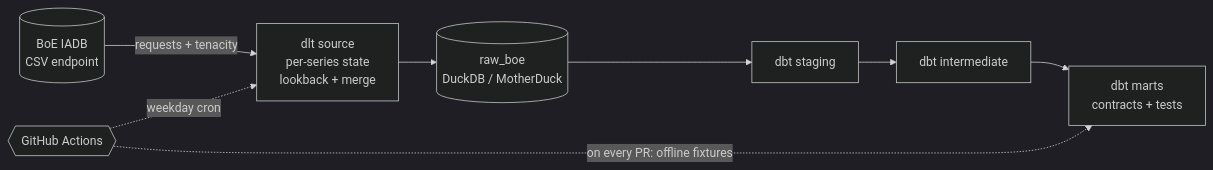
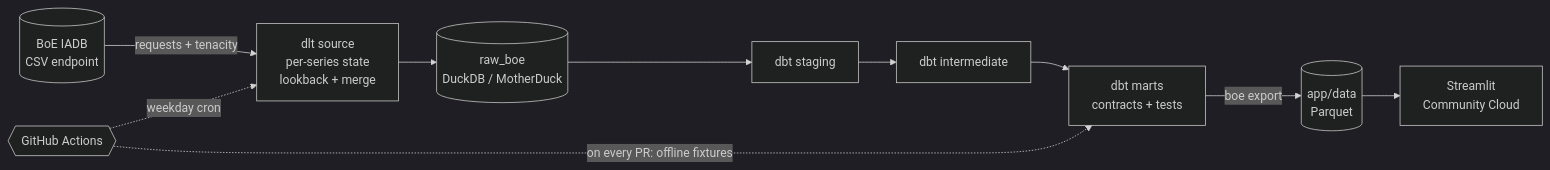
Before and after one commit to Daudsaid/boe-stats-pipeline: the diagram in README.md, drawn with Mermaid (dark theme). The commit also changed other lines of this file and 21 other files, not shown here.

Commit message:
Add Streamlit dashboard, auto-refreshed data export; fix 90% LTV series

````diff
--- a/README.md
+++ b/README.md
@@ -10,10 +13,12 @@
 ```mermaid
 flowchart LR
     BoE[(BoE IADB<br/>CSV endpoint)] -->|requests + tenacity| dlt[dlt source<br/>per-series state<br/>lookback + merge]
     dlt --> raw[(raw_boe<br/>DuckDB / MotherDuck)]
     raw --> stg[dbt staging]
     stg --> int[dbt intermediate]
     int --> marts[dbt marts<br/>contracts + tests]
+    marts -->|boe export| pq[(app/data<br/>Parquet)]
+    pq --> app[Streamlit<br/>Community Cloud]
     GHA{{GitHub Actions}} -. weekday cron .-> dlt
     GHA -. on every PR: offline fixtures .-> marts
 ```
````
